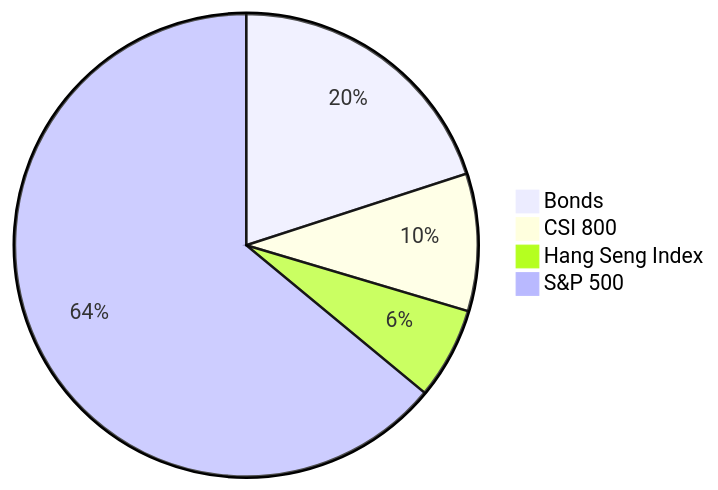
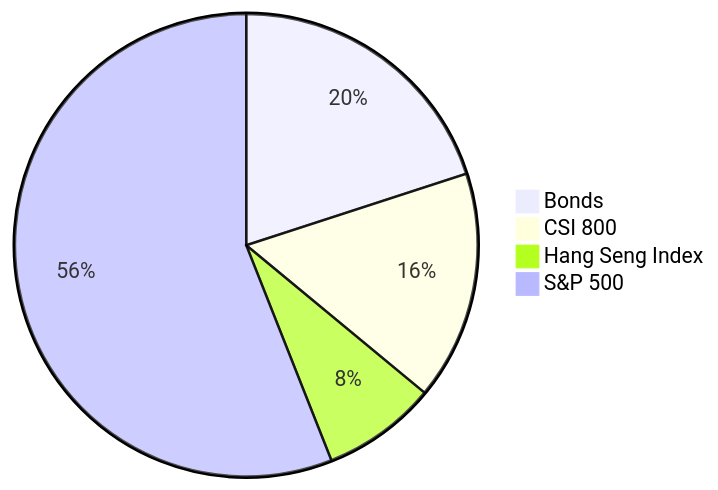
Before and after one commit to low-earth-orbit/notes: the fourth of 5 diagrams in chinese-couch-potato.md, drawn with Mermaid. The commit also changed other lines of this file and 4 other files, not shown here.

````diff
--- a/chinese-couch-potato.md
+++ b/chinese-couch-potato.md
@@ -169,7 +161,7 @@
 ```mermaid
 pie
 "Bonds" : 20
-"CSI 800" : 9.6
-"Hang Seng Index" : 6.4
-"S&P 500" : 64
+"CSI 800" : 16
+"Hang Seng Index" : 8
+"S&P 500" : 56
 ```
````
